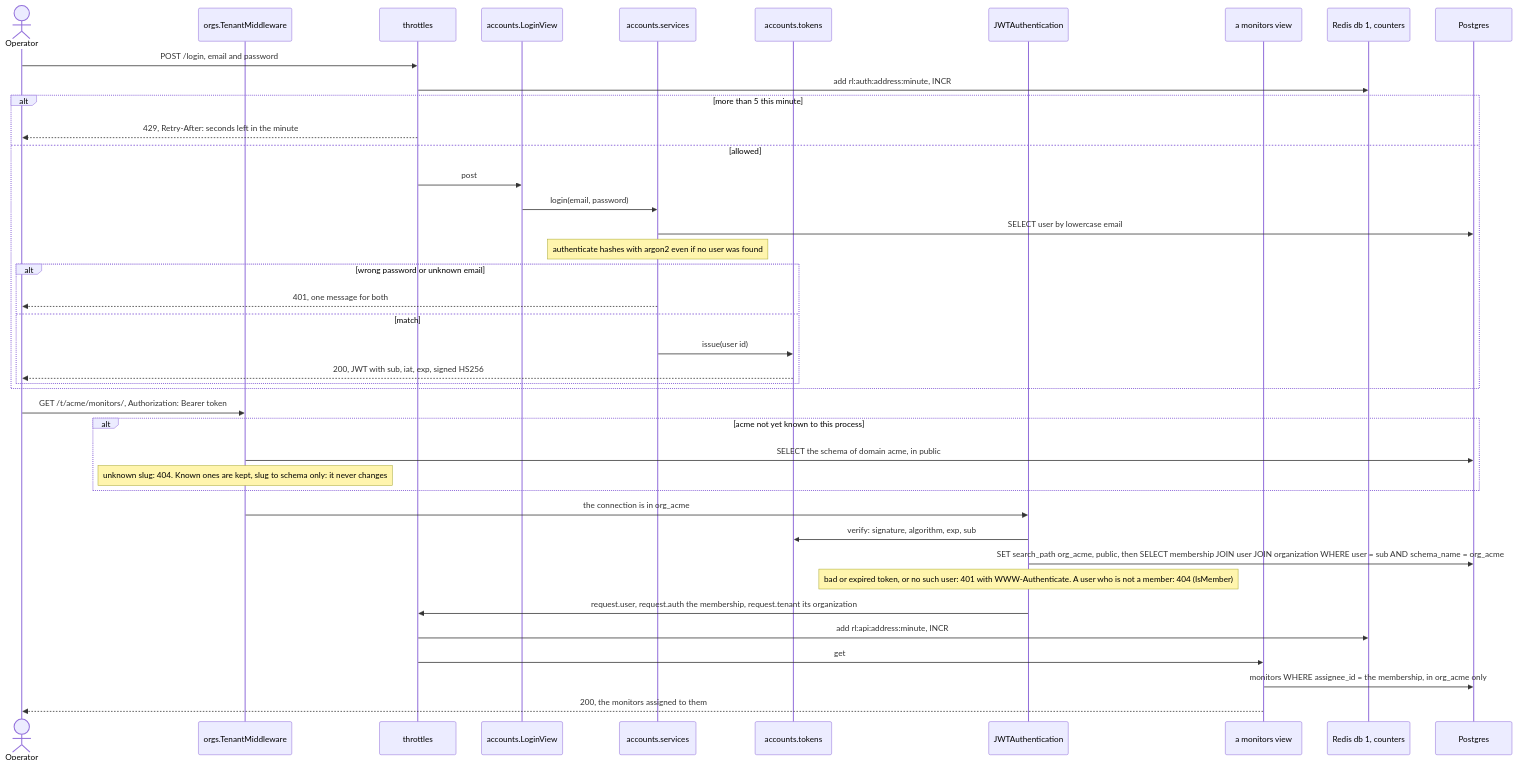
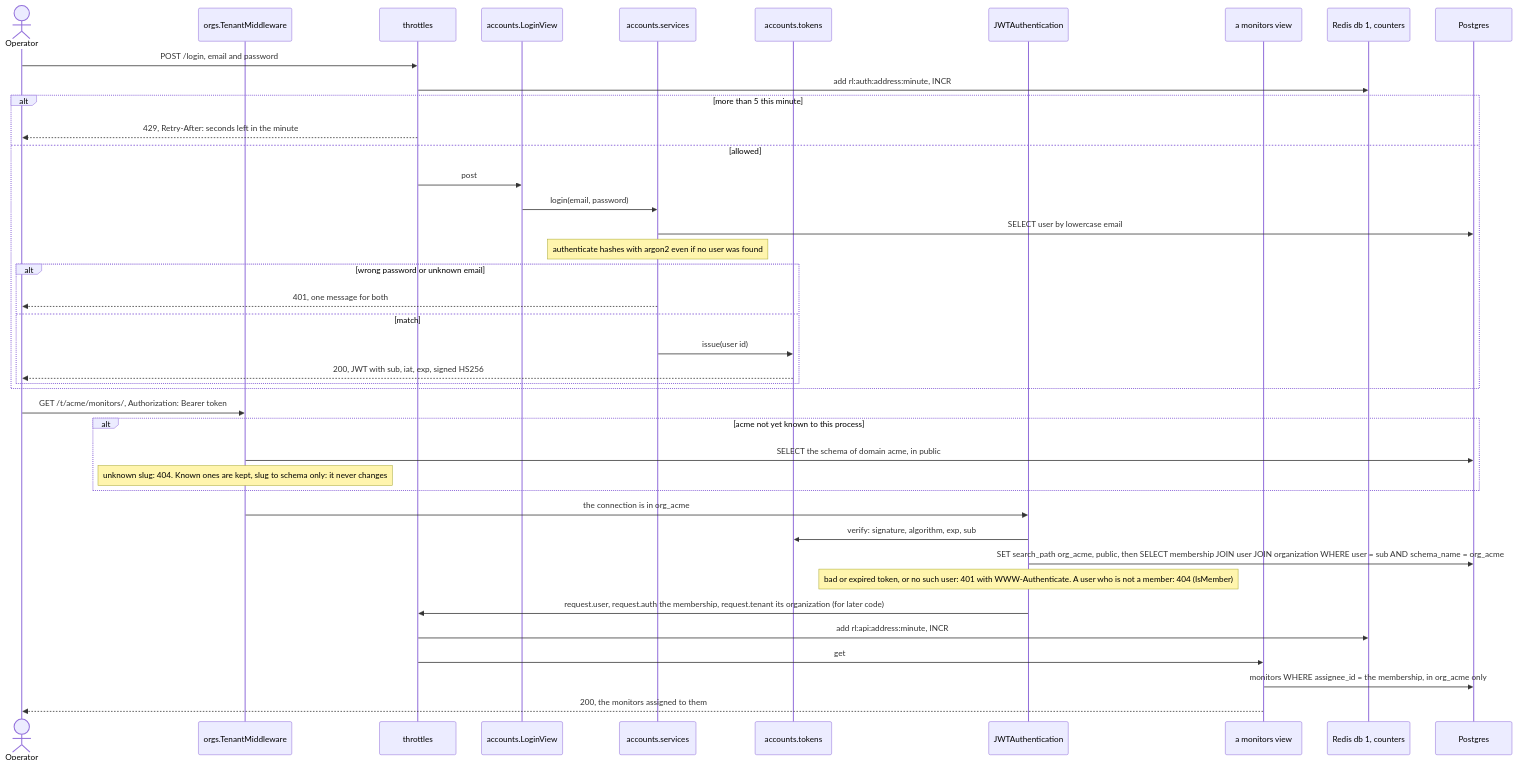
The seventh of 13 diagrams in ARCHITECTURE.md (wbaghdadi20/pulse), drawn with Mermaid before and after one commit. The commit also changed other lines of this file, not shown here.

Commit message:
fixup! docs: the architecture with organizations, their schemas and the assignee

````diff
--- a/ARCHITECTURE.md
+++ b/ARCHITECTURE.md
@@ -459,45 +459,45 @@
 ```mermaid
 sequenceDiagram
     actor Operator
     participant M as orgs.TenantMiddleware
     participant T as throttles
     participant L as accounts.LoginView
     participant S as accounts.services
     participant J as accounts.tokens
     participant A as JWTAuthentication
     participant V as a monitors view
     participant C as Redis db 1, counters
     participant DB as Postgres
 
     Operator->>T: POST /login, email and password
     T->>C: add rl:auth:address:minute, INCR
     alt more than 5 this minute
         T-->>Operator: 429, Retry-After: seconds left in the minute
     else allowed
         T->>L: post
         L->>S: login(email, password)
         S->>DB: SELECT user by lowercase email
         Note over S: authenticate hashes with argon2 even if no user was found
         alt wrong password or unknown email
             S-->>Operator: 401, one message for both
         else match
             S->>J: issue(user id)
             J-->>Operator: 200, JWT with sub, iat, exp, signed HS256
         end
     end
 
     Operator->>M: GET /t/acme/monitors/, Authorization: Bearer token
     alt acme not yet known to this process
         M->>DB: SELECT the schema of domain acme, in public
         Note over M: unknown slug: 404. Known ones are kept, slug to schema only: it never changes
     end
     M->>A: the connection is in org_acme
     A->>J: verify: signature, algorithm, exp, sub
     A->>DB: SET search_path org_acme, public, then SELECT membership JOIN user JOIN organization WHERE user = sub AND schema_name = org_acme
     Note over A: bad or expired token, or no such user: 401 with WWW-Authenticate. A user who is not a member: 404 (IsMember)
-    A->>T: request.user, request.auth the membership, request.tenant its organization
+    A->>T: request.user, request.auth the membership, request.tenant its organization (for later code)
     T->>C: add rl:api:address:minute, INCR
     T->>V: get
     V->>DB: monitors WHERE assignee_id = the membership, in org_acme only
     V-->>Operator: 200, the monitors assigned to them
 ```
````
